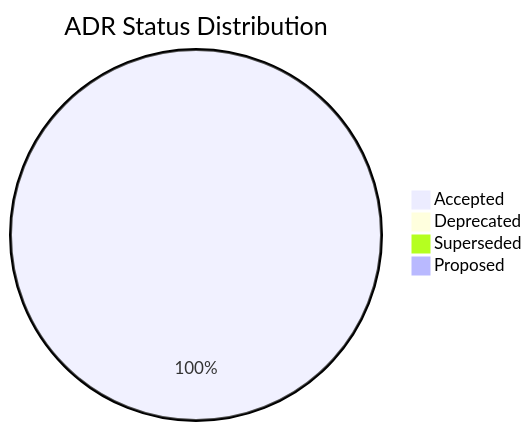
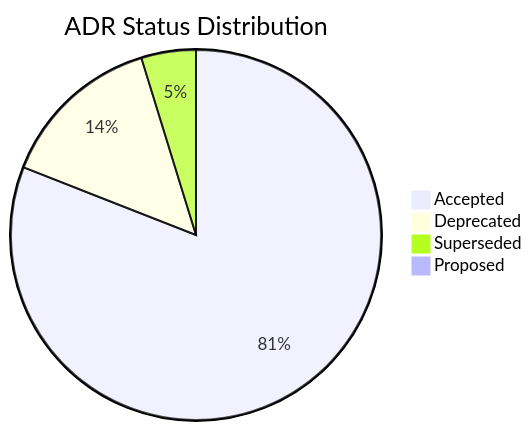
One commit to foxminchan/BookWorm changed the second of 3 diagrams in docs/docusaurus/docs/09-architecture-decisions/overview.mdx. Above: the diagram before and after it, drawn with Mermaid. The commit also changed other lines of this file and 65 other files, not shown here.

Commit message:
chore(docs): update architecture decision records (#1127)

````diff
--- a/docs/docusaurus/docs/09-architecture-decisions/overview.mdx
+++ b/docs/docusaurus/docs/09-architecture-decisions/overview.mdx
@@ -120,7 +122,7 @@
 ```mermaid
 pie title ADR Status Distribution
-    "Accepted" : 21
-    "Deprecated" : 0
-    "Superseded" : 0
+    "Accepted" : 17
+    "Deprecated" : 3
+    "Superseded" : 1
     "Proposed" : 0
 ```
````
